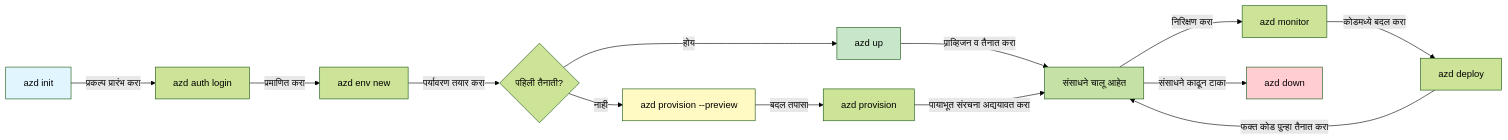
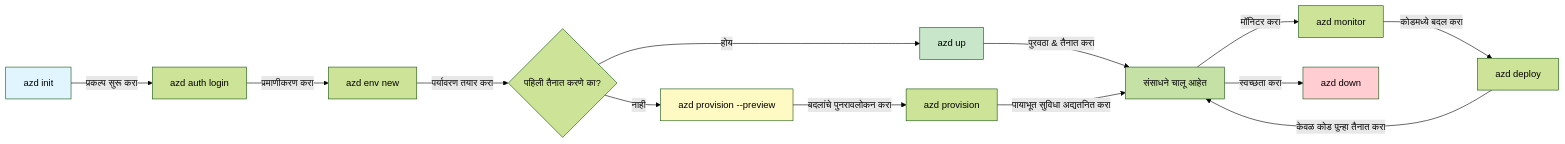
One commit to microsoft/AZD-for-beginners changed the first of 2 diagrams in translations/mr/docs/chapter-01-foundation/azd-basics.md. Above: the diagram before and after it, drawn with Mermaid (forest theme). The commit also changed other lines of this file and 104 other files, not shown here.

````diff
--- a/translations/mr/docs/chapter-01-foundation/azd-basics.md
+++ b/translations/mr/docs/chapter-01-foundation/azd-basics.md
@@ -269,21 +269,21 @@
 ```mermaid
 graph LR
-    A[azd init] -->|प्रकल्प प्रारंभ करा| B[azd auth login]
-    B -->|प्रमाणित करा| C[azd env new]
-    C -->|पर्यावरण तयार करा| D{पहिली तैनाती?}
+    A[azd init] -->|प्रकल्प सुरू करा| B[azd auth login]
+    B -->|प्रमाणीकरण करा| C[azd env new]
+    C -->|पर्यावरण तयार करा| D{पहिली तैनात करणे का?}
     D -->|होय| E[azd up]
     D -->|नाही| F[azd provision --preview]
-    F -->|बदल तपासा| G[azd provision]
-    E -->|प्राव्हिजन व तैनात करा| H[संसाधने चालू आहेत]
-    G -->|पायाभूत संरचना अद्ययावत करा| H
-    H -->|निरिक्षण करा| I[azd monitor]
+    F -->|बदलांचे पुनरावलोकन करा| G[azd provision]
+    E -->|पुरवठा & तैनात करा| H[संसाधने चालू आहेत]
+    G -->|पायाभूत सुविधा अद्यतनित करा| H
+    H -->|मॉनिटर करा| I[azd monitor]
     I -->|कोडमध्ये बदल करा| J[azd deploy]
-    J -->|फक्त कोड पुन्हा तैनात करा| H
-    H -->|संसाधने काढून टाका| K[azd down]
+    J -->|केवळ कोड पुन्हा तैनात करा| H
+    H -->|स्वच्छता करा| K[azd down]
     
     style A fill:#e1f5fe
     style E fill:#c8e6c9
     style F fill:#fff9c4
     style H fill:#c5e1a5
     style K fill:#ffcdd2
 ```
````
